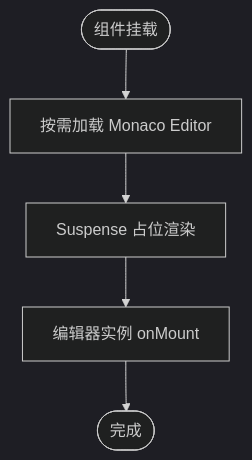
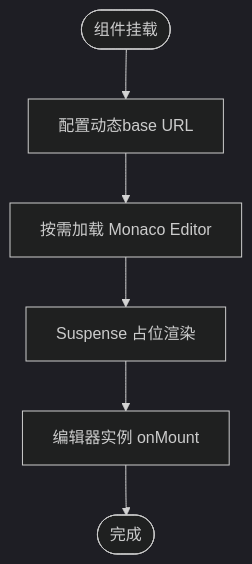
One commit to kqcoxn/MaaPipelineEditor changed the third of 10 diagrams in .qoder/repowiki/zh/content/前端架构/组件系统架构/UI基础组件/JSON编辑器.md. Above: the diagram before and after it, drawn with Mermaid (dark theme). The commit also changed other lines of this file and 25 other files, not shown here.

````diff
--- a/.qoder/repowiki/zh/content/前端架构/组件系统架构/UI基础组件/JSON编辑器.md
+++ b/.qoder/repowiki/zh/content/前端架构/组件系统架构/UI基础组件/JSON编辑器.md
@@ -161,7 +195,8 @@
 ```mermaid
 flowchart TD
-Start(["组件挂载"]) --> LazyLoad["按需加载 Monaco Editor"]
+Start(["组件挂载"]) --> Config["配置动态base URL"]
+Config --> LazyLoad["按需加载 Monaco Editor"]
 LazyLoad --> Suspense["Suspense 占位渲染"]
 Suspense --> Mount["编辑器实例 onMount"]
 Mount --> Done(["完成"])
 ```
````
